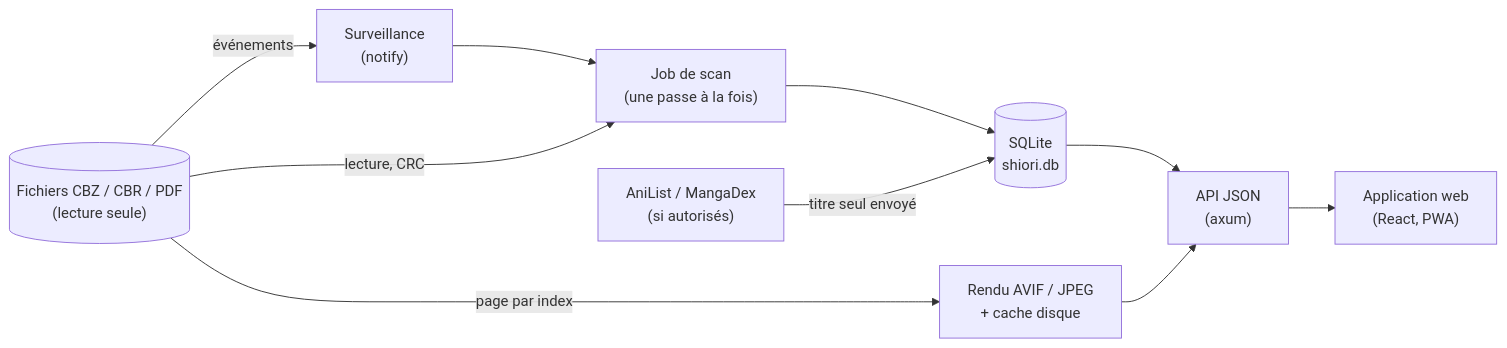
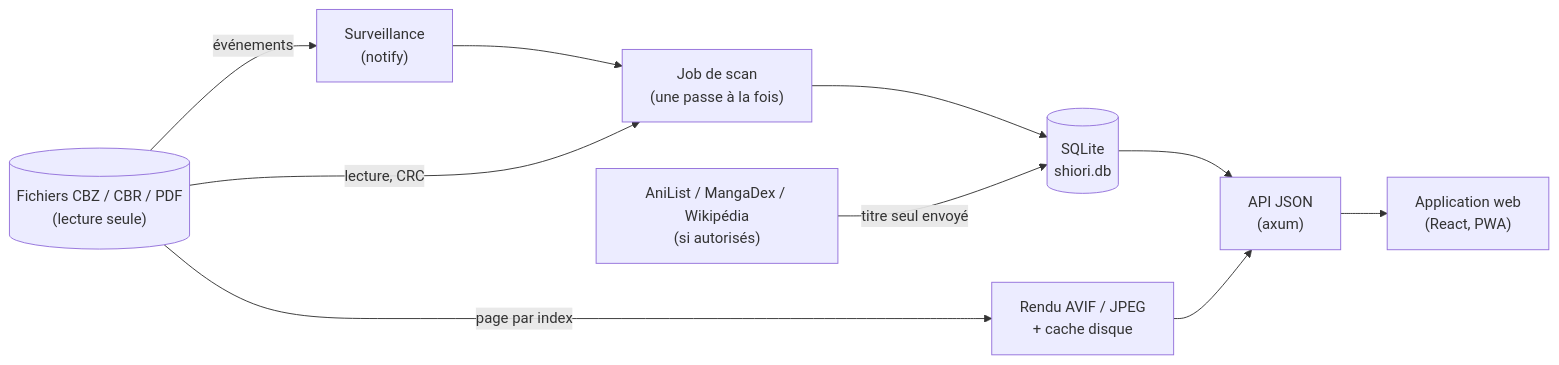
One commit to befa160/shiori changed the diagram in docs/technical/index.md. Above: the diagram before and after it, drawn with Mermaid. The commit also changed other lines of this file and 35 other files, not shown here.

````diff
--- a/docs/technical/index.md
+++ b/docs/technical/index.md
@@ -23,16 +23,16 @@
 ```mermaid
 flowchart LR
   F[("Fichiers CBZ / CBR / PDF<br/>(lecture seule)")]
   W["Surveillance<br/>(notify)"]
   J["Job de scan<br/>(une passe à la fois)"]
   DB[("SQLite<br/>shiori.db")]
   API["API JSON<br/>(axum)"]
   R["Rendu AVIF / JPEG<br/>+ cache disque"]
-  M["AniList / MangaDex<br/>(si autorisés)"]
+  M["AniList / MangaDex / Wikipédia<br/>(si autorisés)"]
   UI["Application web<br/>(React, PWA)"]
   F -- événements --> W --> J
   F -- lecture, CRC --> J --> DB
   DB --> API --> UI
   F -- page par index --> R --> API
   M -- titre seul envoyé --> DB
 ```
````
